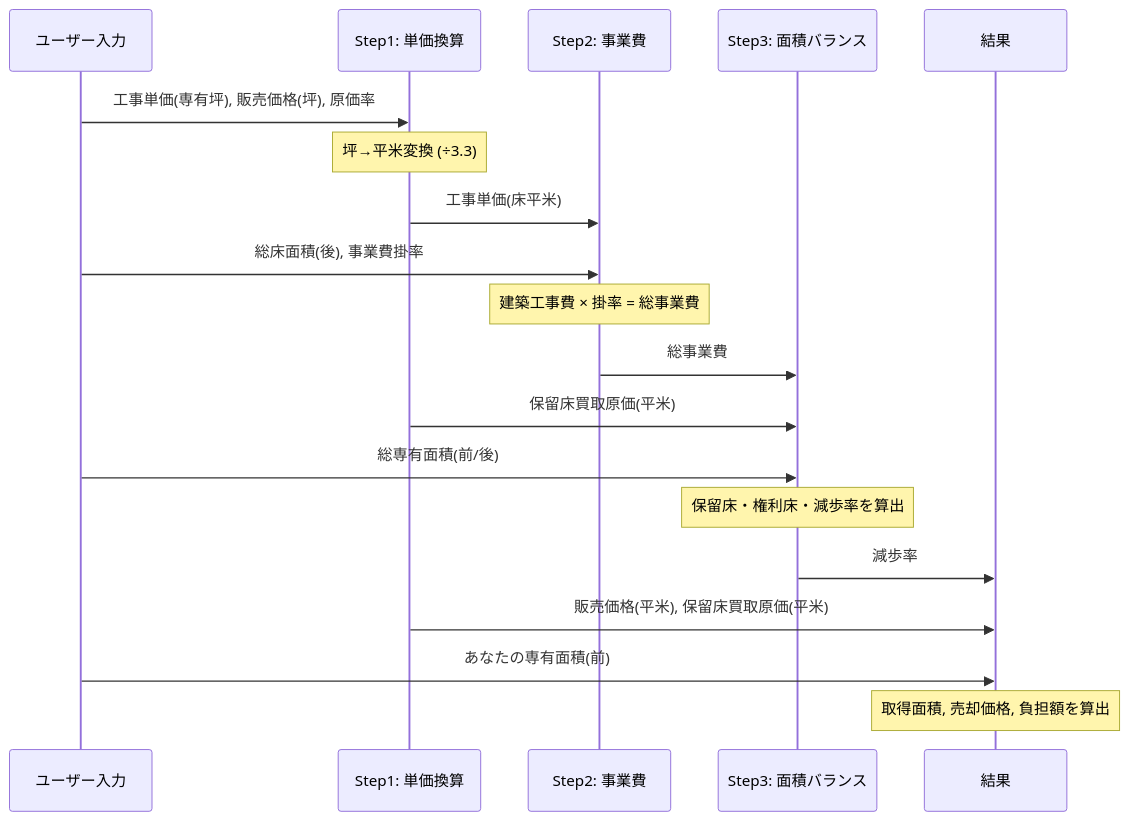
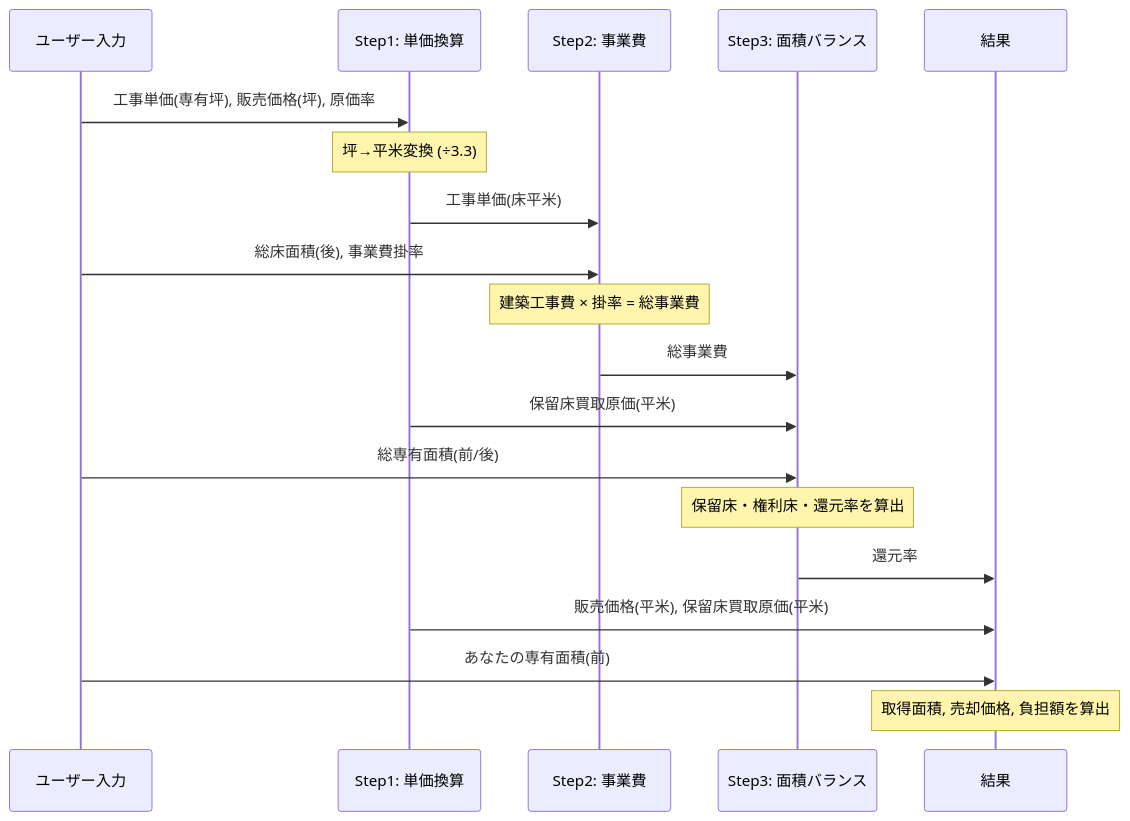
Before and after one commit to LeoNagumo/refund-simulator: the third of 3 diagrams in specification.md, drawn with Mermaid. The commit also changed other lines of this file and 2 other files, not shown here.

First line of the commit message:
Rename 減歩率 to 還元率 across app, spec, and saved data

````diff
--- a/specification.md
+++ b/specification.md
@@ -185,22 +185,22 @@
 ```mermaid
 sequenceDiagram
     participant U as ユーザー入力
     participant S1 as Step1: 単価換算
     participant S2 as Step2: 事業費
     participant S3 as Step3: 面積バランス
     participant R as 結果
 
     U->>S1: 工事単価(専有坪), 販売価格(坪), 原価率
     Note over S1: 坪→平米変換 (÷3.3)
     S1->>S2: 工事単価(床平米)
     U->>S2: 総床面積(後), 事業費掛率
     Note over S2: 建築工事費 × 掛率 = 総事業費
     S2->>S3: 総事業費
     S1->>S3: 保留床買取原価(平米)
     U->>S3: 総専有面積(前/後)
-    Note over S3: 保留床・権利床・減歩率を算出
-    S3->>R: 減歩率
+    Note over S3: 保留床・権利床・還元率を算出
+    S3->>R: 還元率
     S1->>R: 販売価格(平米), 保留床買取原価(平米)
     U->>R: あなたの専有面積(前)
     Note over R: 取得面積, 売却価格, 負担額を算出
 ```
````
